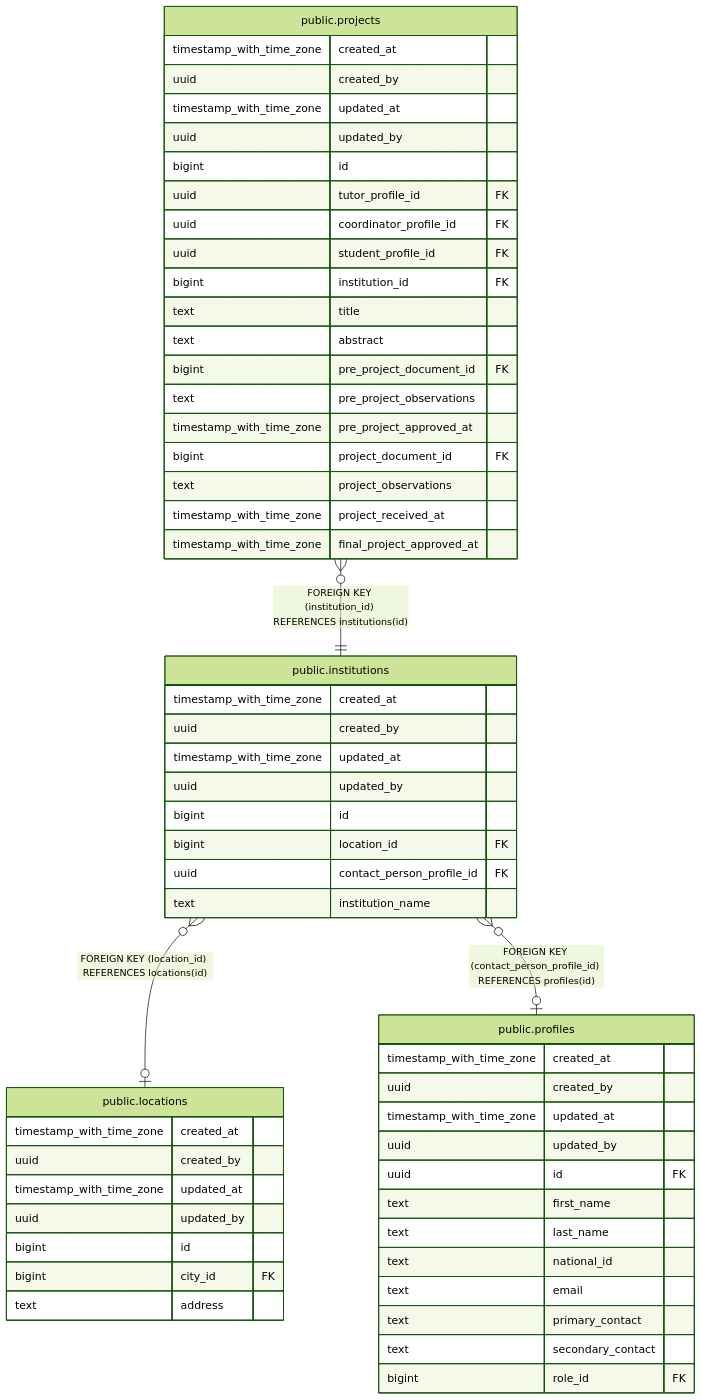
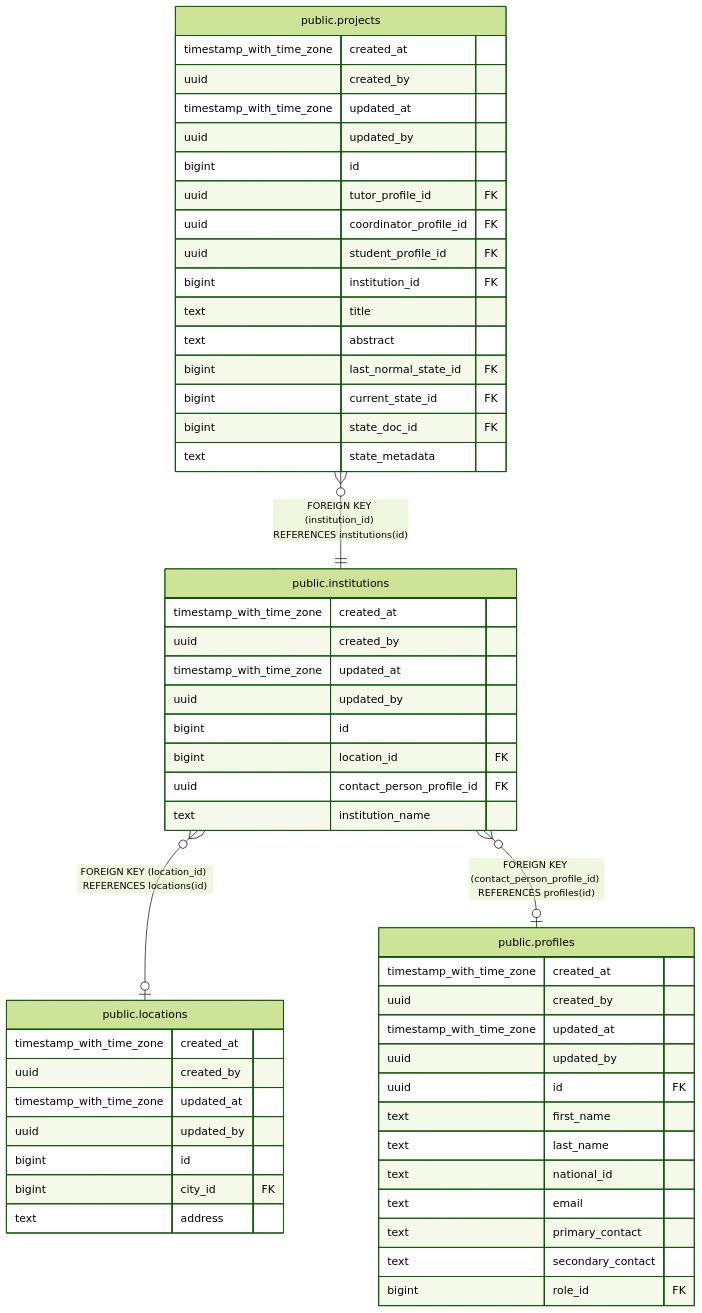
One commit to icristianhernandez/academic-service-backend changed the diagram in docs/db/tbls/public.institutions.md. Above: the diagram before and after it, drawn with Mermaid (forest theme). The commit also changed 16 other files, not shown here.

````diff
--- a/docs/db/tbls/public.institutions.md
+++ b/docs/db/tbls/public.institutions.md
@@ -43,61 +43,58 @@
 ```mermaid
 erDiagram
 
 "public.projects" }o--|| "public.institutions" : "FOREIGN KEY (institution_id) REFERENCES institutions(id)"
 "public.institutions" }o--o| "public.locations" : "FOREIGN KEY (location_id) REFERENCES locations(id)"
 "public.institutions" }o--o| "public.profiles" : "FOREIGN KEY (contact_person_profile_id) REFERENCES profiles(id)"
 
 "public.institutions" {
   timestamp_with_time_zone created_at ""
   uuid created_by ""
   timestamp_with_time_zone updated_at ""
   uuid updated_by ""
   bigint id ""
   bigint location_id FK ""
   uuid contact_person_profile_id FK ""
   text institution_name ""
 }
 "public.projects" {
   timestamp_with_time_zone created_at ""
   uuid created_by ""
   timestamp_with_time_zone updated_at ""
   uuid updated_by ""
   bigint id ""
   uuid tutor_profile_id FK ""
   uuid coordinator_profile_id FK ""
   uuid student_profile_id FK ""
   bigint institution_id FK ""
   text title ""
   text abstract ""
-  bigint pre_project_document_id FK ""
-  text pre_project_observations ""
-  timestamp_with_time_zone pre_project_approved_at ""
-  bigint project_document_id FK ""
-  text project_observations ""
-  timestamp_with_time_zone project_received_at ""
-  timestamp_with_time_zone final_project_approved_at ""
+  bigint last_normal_state_id FK ""
+  bigint current_state_id FK ""
+  bigint state_doc_id FK ""
+  text state_metadata ""
 }
 "public.locations" {
   timestamp_with_time_zone created_at ""
   uuid created_by ""
   timestamp_with_time_zone updated_at ""
   uuid updated_by ""
   bigint id ""
   bigint city_id FK ""
   text address ""
 }
 "public.profiles" {
   timestamp_with_time_zone created_at ""
   uuid created_by ""
   timestamp_with_time_zone updated_at ""
   uuid updated_by ""
   uuid id FK ""
   text first_name ""
   text last_name ""
   text national_id ""
   text email ""
   text primary_contact ""
   text secondary_contact ""
   bigint role_id FK ""
 }
 ```
````
